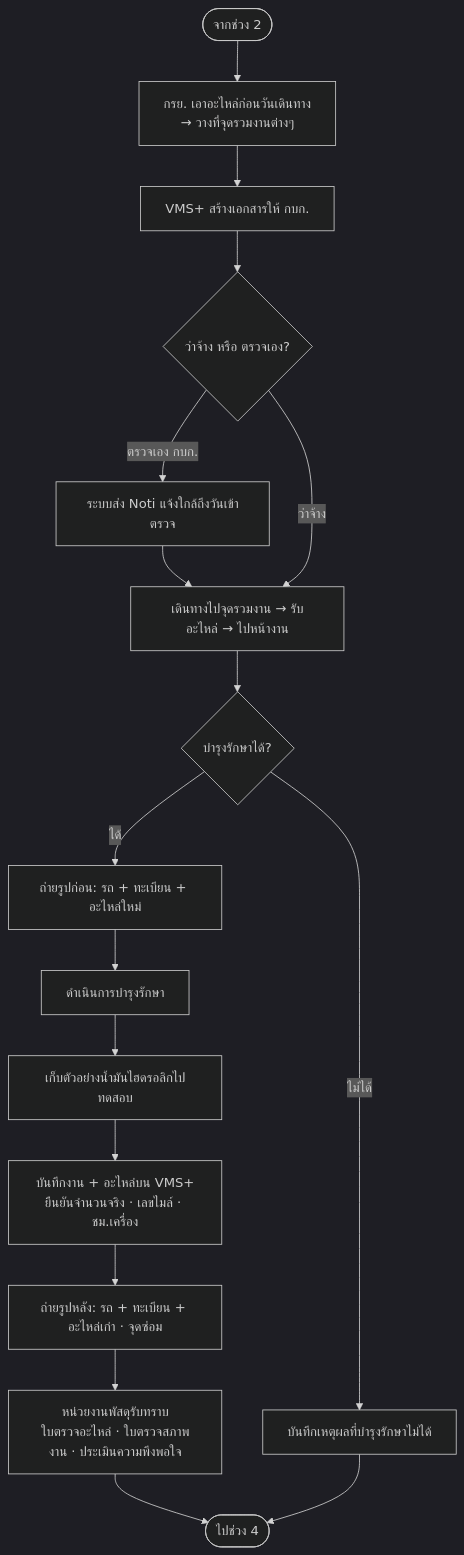
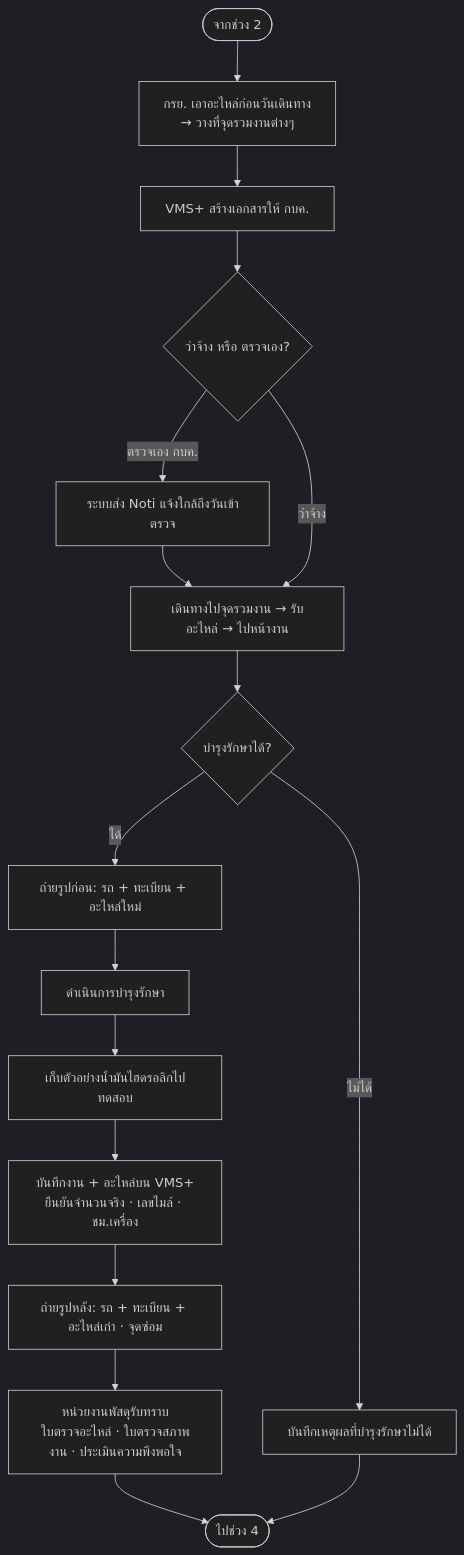
Before and after one commit to anugmail/Maintenance-Request-Form: the diagram in Diagram/01-บำรุงรักษาตามวาระ/03-ดำเนินการบำรุงรักษา.md, drawn with Mermaid (dark theme). The commit also changed 18 other files, not shown here.

````diff
--- a/Diagram/01-บำรุงรักษาตามวาระ/03-ดำเนินการบำรุงรักษา.md
+++ b/Diagram/01-บำรุงรักษาตามวาระ/03-ดำเนินการบำรุงรักษา.md
@@ -5,19 +5,19 @@
 ```mermaid
 flowchart TB
     S([จากช่วง 2]) --> P[กรย. เอาอะไหล่ก่อนวันเดินทาง<br/>→ วางที่จุดรวมงานต่างๆ]
-    P --> Q[VMS+ สร้างเอกสารให้ กบก.]
+    P --> Q[VMS+ สร้างเอกสารให้ กบค.]
     Q --> D{ว่าจ้าง หรือ ตรวจเอง?}
-    D -->|ตรวจเอง กบก.| N0[ระบบส่ง Noti แจ้งใกล้ถึงวันเข้าตรวจ]
+    D -->|ตรวจเอง กบค.| N0[ระบบส่ง Noti แจ้งใกล้ถึงวันเข้าตรวจ]
     N0 --> R[เดินทางไปจุดรวมงาน → รับอะไหล่ → ไปหน้างาน]
     D -->|ว่าจ้าง| R
     R --> DEC{บำรุงรักษาได้?}
     DEC -->|ไม่ได้| X[บันทึกเหตุผลที่บำรุงรักษาไม่ได้]
     DEC -->|ได้| C1[ถ่ายรูปก่อน: รถ + ทะเบียน + อะไหล่ใหม่]
     C1 --> C2[ดำเนินการบำรุงรักษา]
     C2 --> C3[เก็บตัวอย่างน้ำมันไฮดรอลิกไปทดสอบ]
     C3 --> C4[บันทึกงาน + อะไหล่บน VMS+<br/>ยืนยันจำนวนจริง · เลขไมล์ · ชม.เครื่อง]
     C4 --> C5[ถ่ายรูปหลัง: รถ + ทะเบียน + อะไหล่เก่า · จุดซ่อม]
     C5 --> C6[หน่วยงานพัสดุรับทราบ<br/>ใบตรวจอะไหล่ · ใบตรวจสภาพงาน · ประเมินความพึงพอใจ]
     C6 --> E([ไปช่วง 4])
     X --> E
 ```
````
